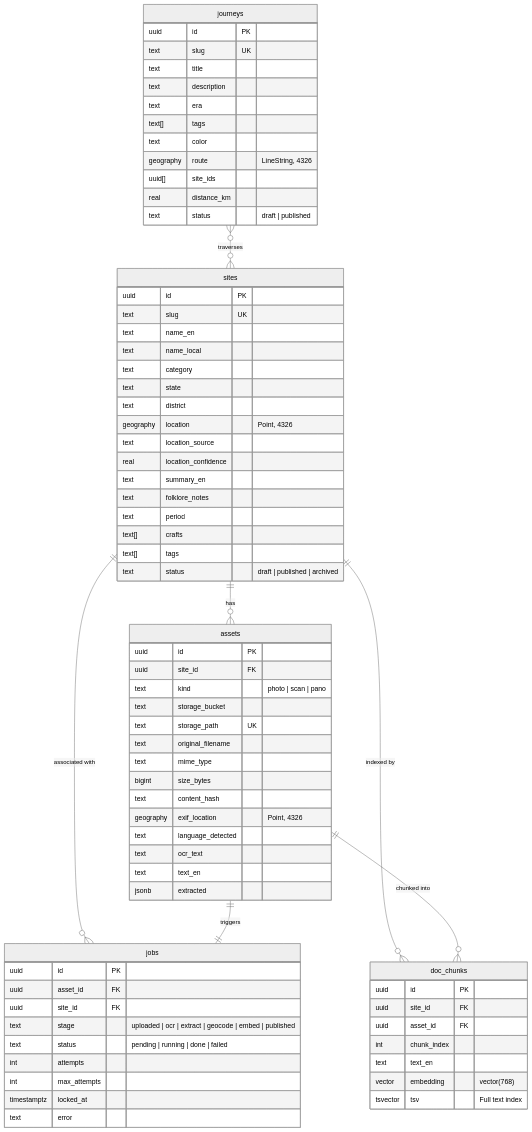
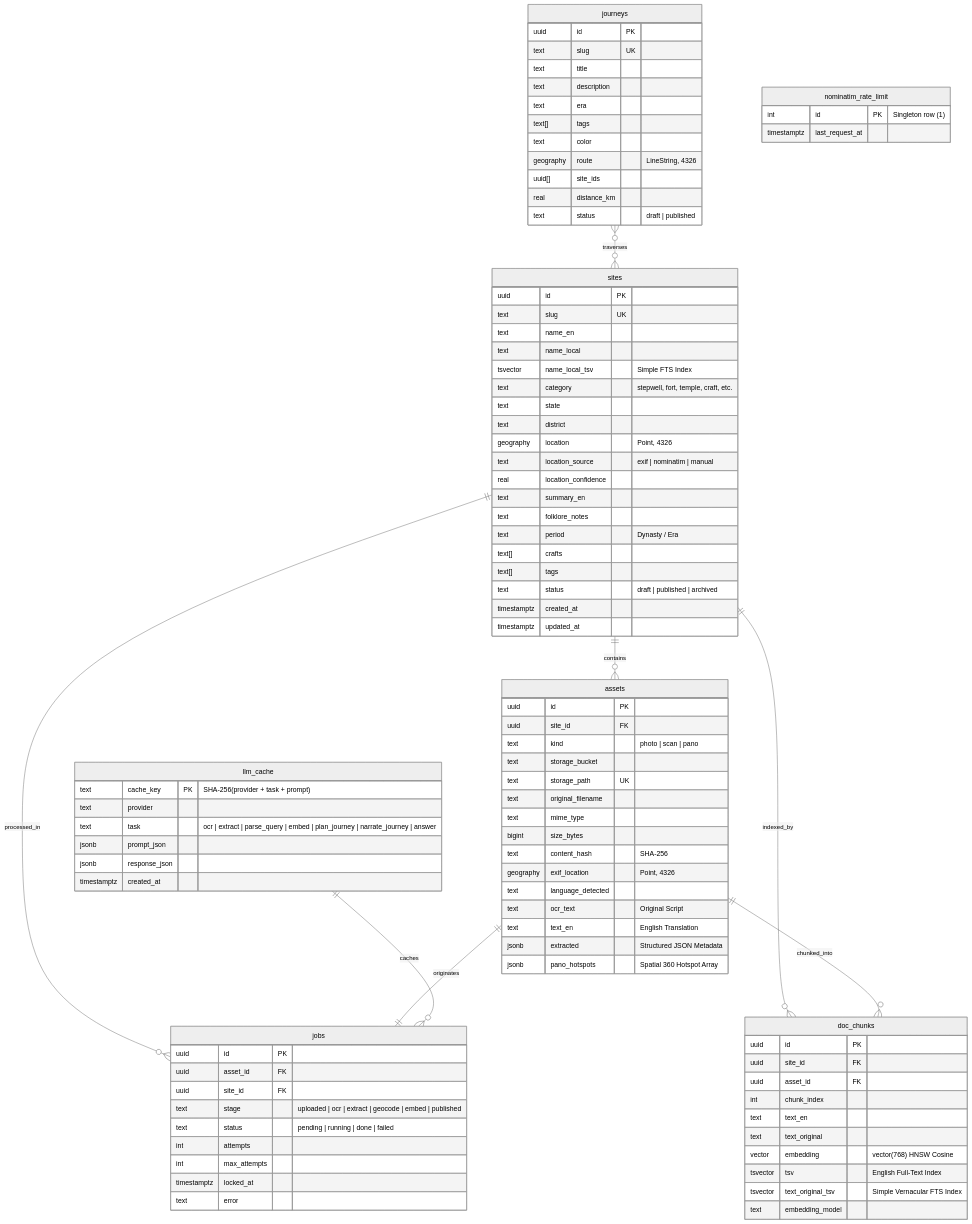
One commit to vybex-dev/dharohar-site changed the seventh of 7 diagrams in README.md. Above: the diagram before and after it, drawn with Mermaid (neutral theme). The commit also changed other lines of this file, not shown here.

````diff
--- a/README.md
+++ b/README.md
@@ -116,29 +298,33 @@
 ```mermaid
 erDiagram
-    sites ||--o{ assets : "has"
-    sites ||--o{ doc_chunks : "indexed by"
-    sites ||--o{ jobs : "associated with"
-    assets ||--|| jobs : "triggers"
-    assets ||--o{ doc_chunks : "chunked into"
+    sites ||--o{ assets : "contains"
+    sites ||--o{ doc_chunks : "indexed_by"
+    sites ||--o{ jobs : "processed_in"
+    assets ||--|| jobs : "originates"
+    assets ||--o{ doc_chunks : "chunked_into"
     journeys }o--o{ sites : "traverses"
+    llm_cache ||--o{ jobs : "caches"
 
     sites {
         uuid id PK
         text slug UK
         text name_en
         text name_local
-        text category
+        tsvector name_local_tsv "Simple FTS Index"
+        text category "stepwell, fort, temple, craft, etc."
         text state
         text district
         geography location "Point, 4326"
-        text location_source
+        text location_source "exif | nominatim | manual"
         real location_confidence
         text summary_en
         text folklore_notes
-        text period
+        text period "Dynasty / Era"
         text[] crafts
         text[] tags
         text status "draft | published | archived"
+        timestamptz created_at
+        timestamptz updated_at
     }
 
     assets {
@@ -150,12 +336,13 @@
         text original_filename
         text mime_type
         bigint size_bytes
-        text content_hash
+        text content_hash "SHA-256"
         geography exif_location "Point, 4326"
         text language_detected
-        text ocr_text
-        text text_en
-        jsonb extracted
+        text ocr_text "Original Script"
+        text text_en "English Translation"
+        jsonb extracted "Structured JSON Metadata"
+        jsonb pano_hotspots "Spatial 360 Hotspot Array"
     }
 
     doc_chunks {
@@ -164,8 +351,11 @@
         uuid asset_id FK
         int chunk_index
         text text_en
-        vector embedding "vector(768)"
-        tsvector tsv "Full text index"
+        text text_original
+        vector embedding "vector(768) HNSW Cosine"
+        tsvector tsv "English Full-Text Index"
+        tsvector text_original_tsv "Simple Vernacular FTS Index"
+        text embedding_model
     }
 
     jobs {
@@ -193,4 +383,18 @@
         real distance_km
         text status "draft | published"
     }
+
+    llm_cache {
+        text cache_key PK "SHA-256(provider + task + prompt)"
+        text provider
+        text task "ocr | extract | parse_query | embed | plan_journey | narrate_journey | answer"
+        jsonb prompt_json
+        jsonb response_json
+        timestamptz created_at
+    }
+
+    nominatim_rate_limit {
+        int id PK "Singleton row (1)"
+        timestamptz last_request_at
+    }
 ```
````
